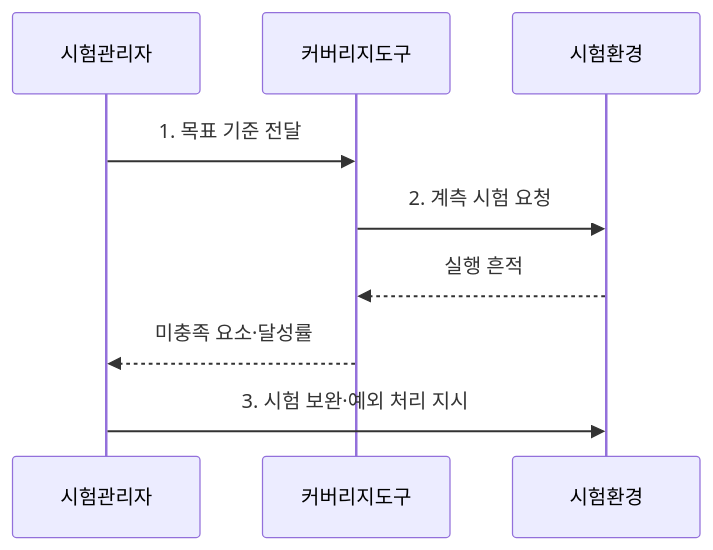
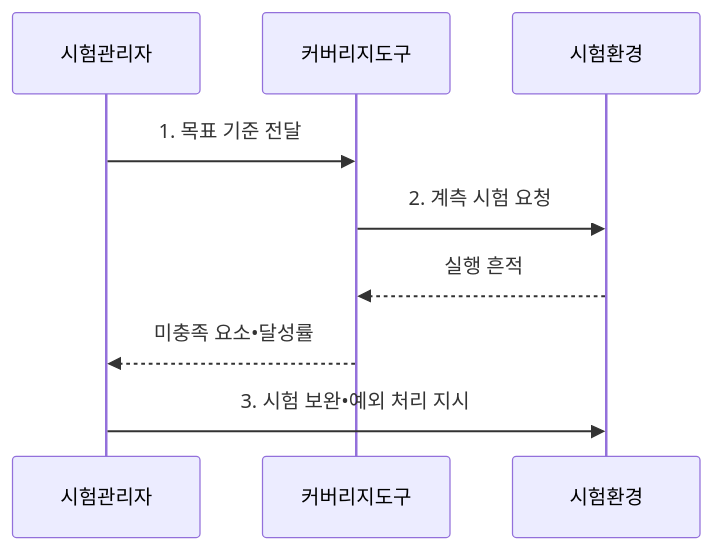
One commit to agnusdei1207/knowledge-base changed the second of 2 diagrams in src/content/docs/notes/06-evaluation/033_test_coverage.md. Above: the diagram before and after it, drawn with Mermaid. The commit also changed other lines of this file and 953 other files, not shown here.

````diff
--- a/src/content/docs/notes/06-evaluation/033_test_coverage.md
+++ b/src/content/docs/notes/06-evaluation/033_test_coverage.md
@@ -102,11 +102,11 @@
 ```mermaid
 sequenceDiagram
     participant M as 시험관리자
     participant T as 커버리지도구
     participant S as 시험환경
     M->>T: 1. 목표 기준 전달
     T->>S: 2. 계측 시험 요청
     S-->>T: 실행 흔적
-    T-->>M: 미충족 요소·달성률
-    M->>S: 3. 시험 보완·예외 처리 지시
+    T-->>M: 미충족 요소•달성률
+    M->>S: 3. 시험 보완•예외 처리 지시
 ```
````
